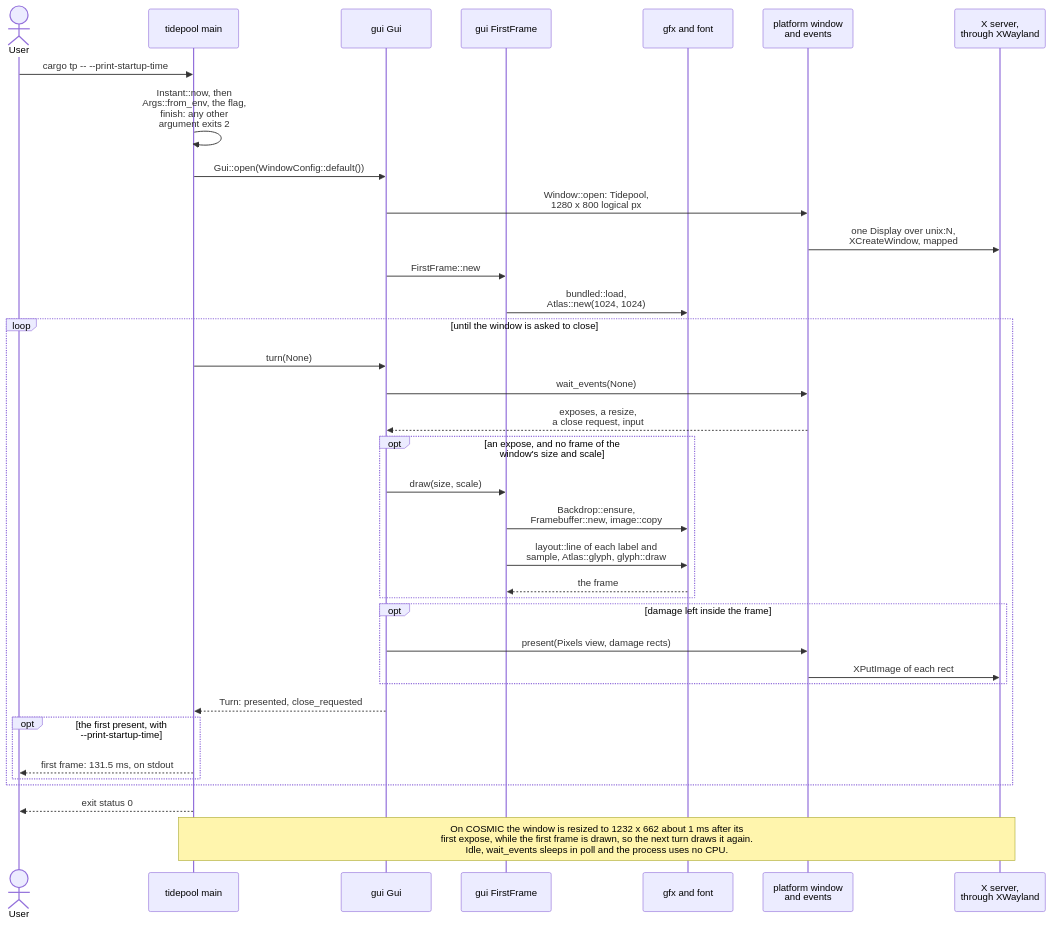
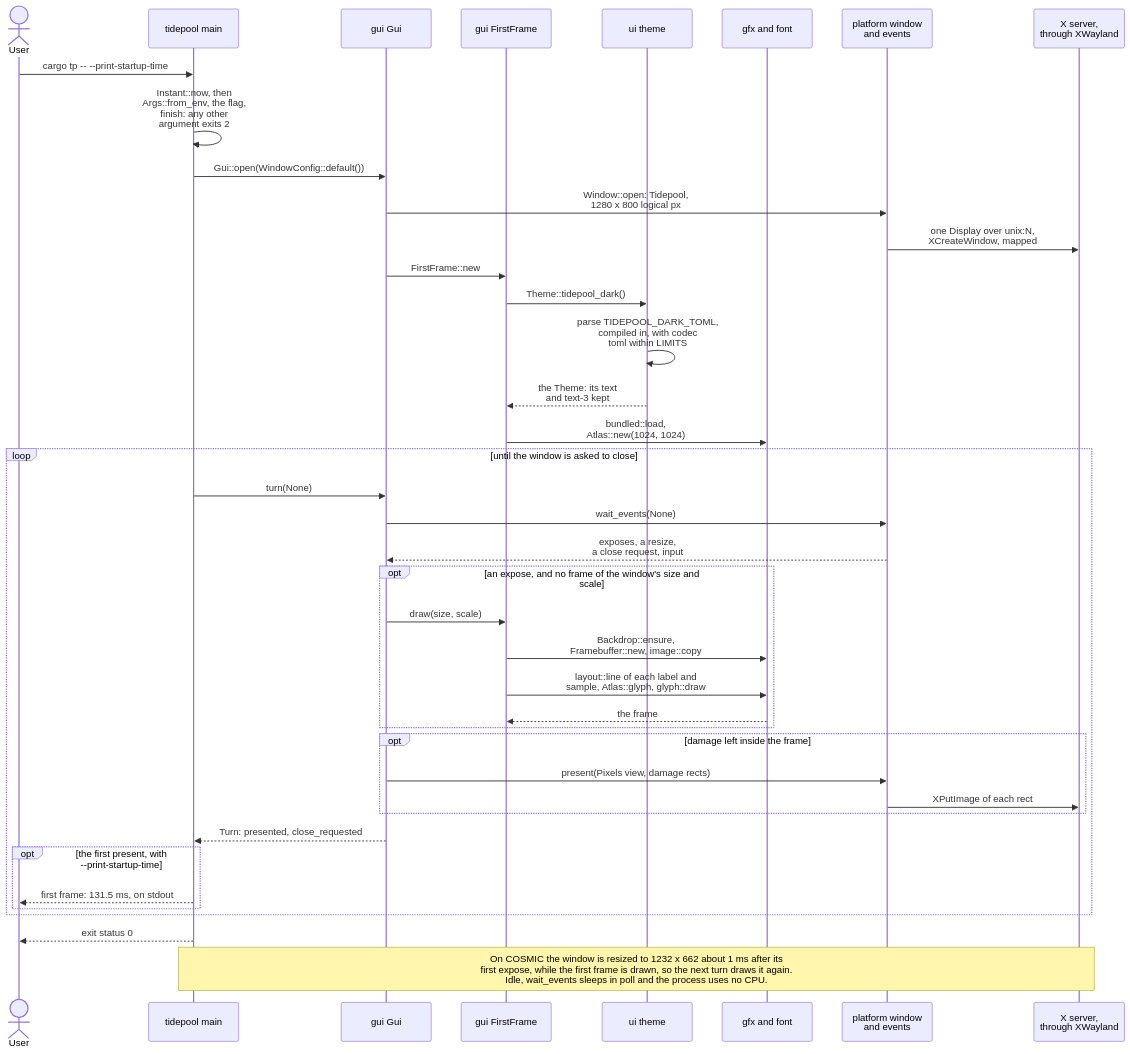
One commit to jabbott-iii/Tidepool changed diagram 11 of 23 in diagrams/sequence-diagrams.md. Above: the diagram before and after it, drawn with Mermaid. The commit also changed other lines of this file and 50 other files, not shown here.

````diff
--- a/diagrams/sequence-diagrams.md
+++ b/diagrams/sequence-diagrams.md
@@ -585,39 +592,43 @@
 ```mermaid
 sequenceDiagram
     actor User
     participant Main as tidepool main
     participant Gui as gui Gui
     participant First as gui FirstFrame
+    participant Theme as ui theme
     participant Draw as gfx and font
     participant Plat as platform window<br/>and events
     participant Disp as X server,<br/>through XWayland
 
     User->>Main: cargo tp -- --print-startup-time
     Main->>Main: Instant::now, then<br/>Args::from_env, the flag,<br/>finish: any other<br/>argument exits 2
     Main->>Gui: Gui::open(WindowConfig::default())
     Gui->>Plat: Window::open: Tidepool,<br/>1280 x 800 logical px
     Plat->>Disp: one Display over unix:N,<br/>XCreateWindow, mapped
     Gui->>First: FirstFrame::new
+    First->>Theme: Theme::tidepool_dark()
+    Theme->>Theme: parse TIDEPOOL_DARK_TOML,<br/>compiled in, with codec<br/>toml within LIMITS
+    Theme-->>First: the Theme: its text<br/>and text-3 kept
     First->>Draw: bundled::load,<br/>Atlas::new(1024, 1024)
     loop until the window is asked to close
         Main->>Gui: turn(None)
         Gui->>Plat: wait_events(None)
         Plat-->>Gui: exposes, a resize,<br/>a close request, input
         opt an expose, and no frame of the window's size and scale
             Gui->>First: draw(size, scale)
             First->>Draw: Backdrop::ensure,<br/>Framebuffer::new, image::copy
             First->>Draw: layout::line of each label and<br/>sample, Atlas::glyph, glyph::draw
             Draw-->>First: the frame
         end
         opt damage left inside the frame
             Gui->>Plat: present(Pixels view, damage rects)
             Plat->>Disp: XPutImage of each rect
         end
         Gui-->>Main: Turn: presented, close_requested
         opt the first present, with --print-startup-time
             Main-->>User: first frame: 131.5 ms, on stdout
         end
     end
     Main-->>User: exit status 0
     Note over Main,Disp: On COSMIC the window is resized to 1232 x 662 about 1 ms after its<br/>first expose, while the first frame is drawn, so the next turn draws it again.<br/>Idle, wait_events sleeps in poll and the process uses no CPU.
 ```
````
